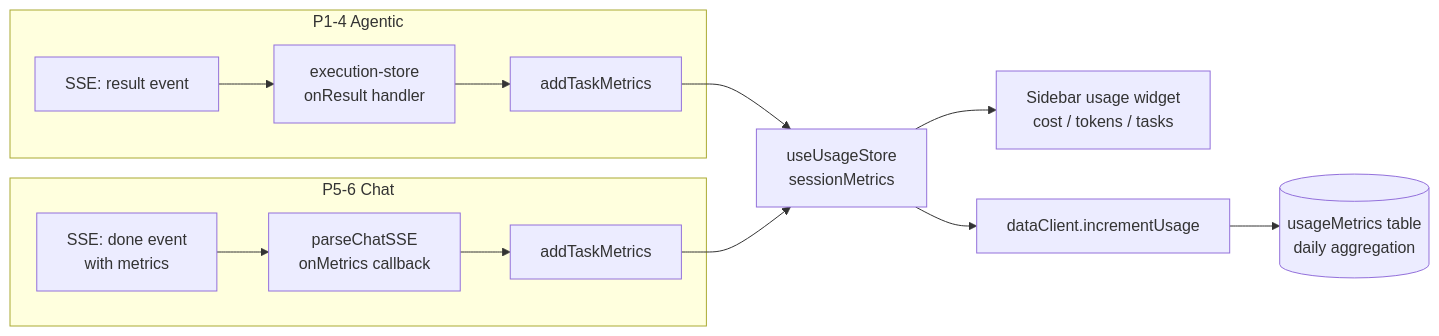
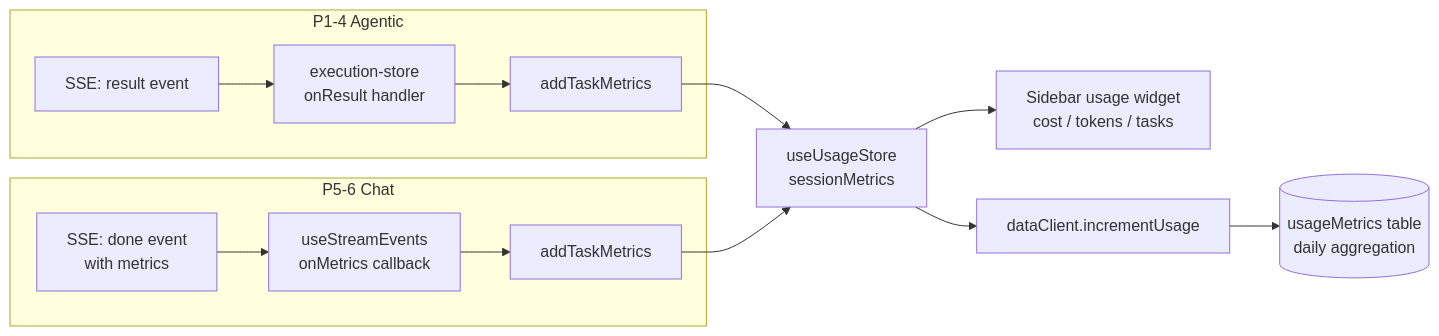
Before and after one commit to fuxialexander/astro: the seventh of 7 diagrams in docs/design/OBSERVABILITY.md, drawn with Mermaid. The commit also changed other lines of this file and 14 other files, not shown here.

````diff
--- a/docs/design/OBSERVABILITY.md
+++ b/docs/design/OBSERVABILITY.md
@@ -235,17 +235,17 @@
 ```mermaid
 flowchart LR
     subgraph "P1-4 Agentic"
         A1[SSE: result event] --> A2[execution-store<br/>onResult handler]
         A2 --> A3[addTaskMetrics]
     end
 
     subgraph "P5-6 Chat"
-        B1[SSE: done event<br/>with metrics] --> B2[parseChatSSE<br/>onMetrics callback]
+        B1[SSE: done event<br/>with metrics] --> B2[useStreamEvents<br/>onMetrics callback]
         B2 --> B3[addTaskMetrics]
     end
 
     A3 & B3 --> C[useUsageStore<br/>sessionMetrics]
     C --> D[Sidebar usage widget<br/>cost / tokens / tasks]
     C --> E[dataClient.incrementUsage]
     E --> F[(usageMetrics table<br/>daily aggregation)]
 ```
````
